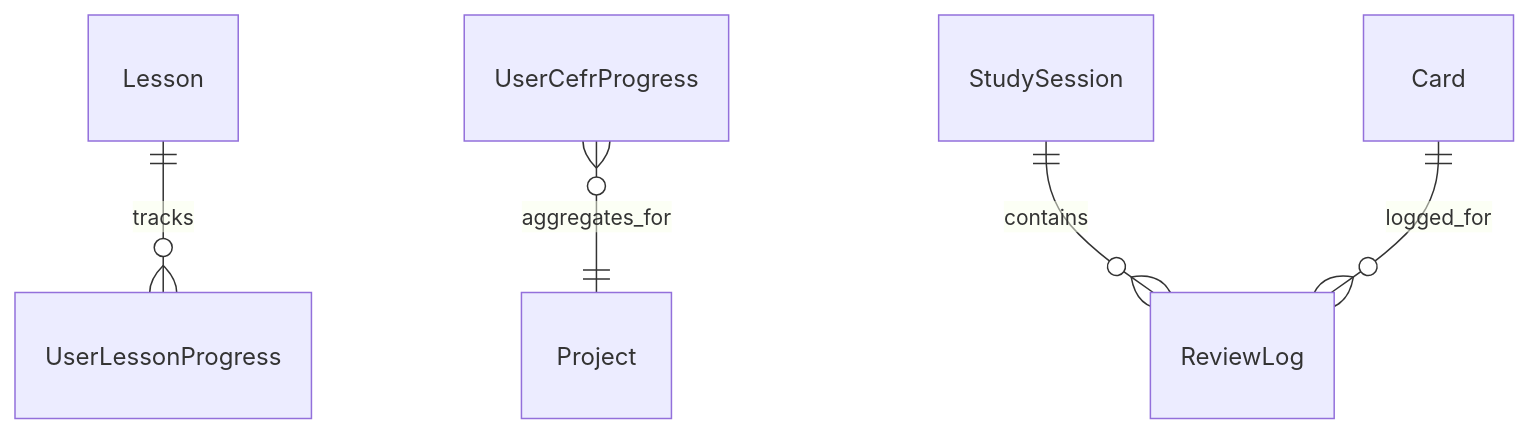
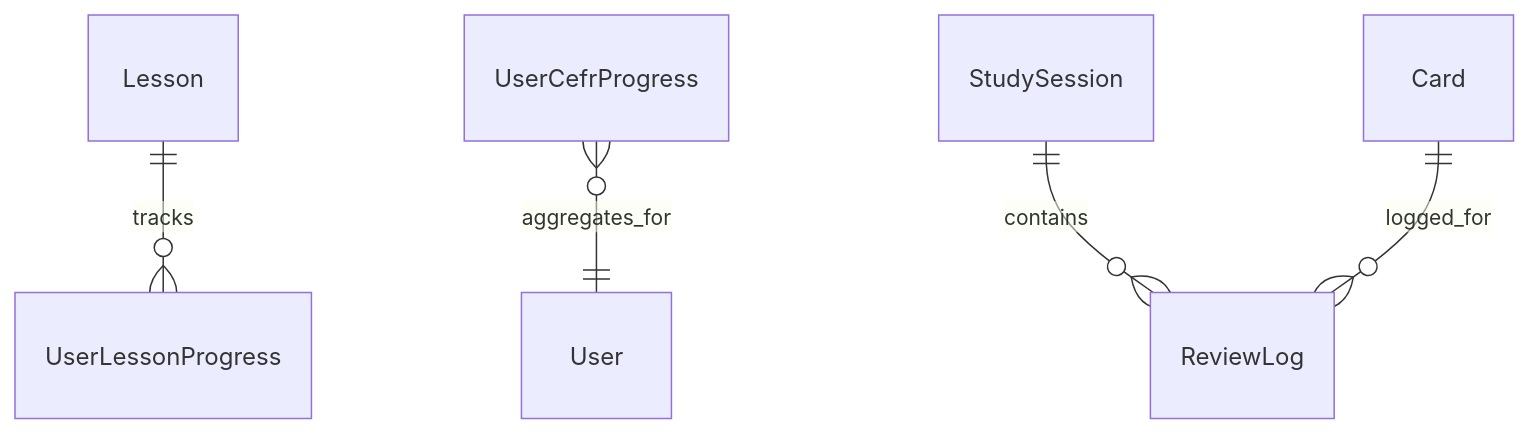
Before and after one commit to Kamil-Zuki/Polyraspad: the diagram in Docs/Vocabulary Service/03 - Модель Данных/01 - Основные сущности/Entity - Обучение и Учебный План - Curriculum & Study.md, drawn with Mermaid. The commit also changed other lines of this file and 221 other files, not shown here.

````diff
--- a/Docs/Vocabulary Service/03 - Модель Данных/01 - Основные сущности/Entity - Обучение и Учебный План - Curriculum & Study.md
+++ b/Docs/Vocabulary Service/03 - Модель Данных/01 - Основные сущности/Entity - Обучение и Учебный План - Curriculum & Study.md
@@ -108,7 +110,7 @@
 ```mermaid
 erDiagram
     Lesson ||--o{ UserLessonProgress : tracks
-    UserCefrProgress }o--|| Project : aggregates_for
+    UserCefrProgress }o--|| User : aggregates_for
     StudySession ||--o{ ReviewLog : contains
     Card ||--o{ ReviewLog : logged_for
 ```
````
